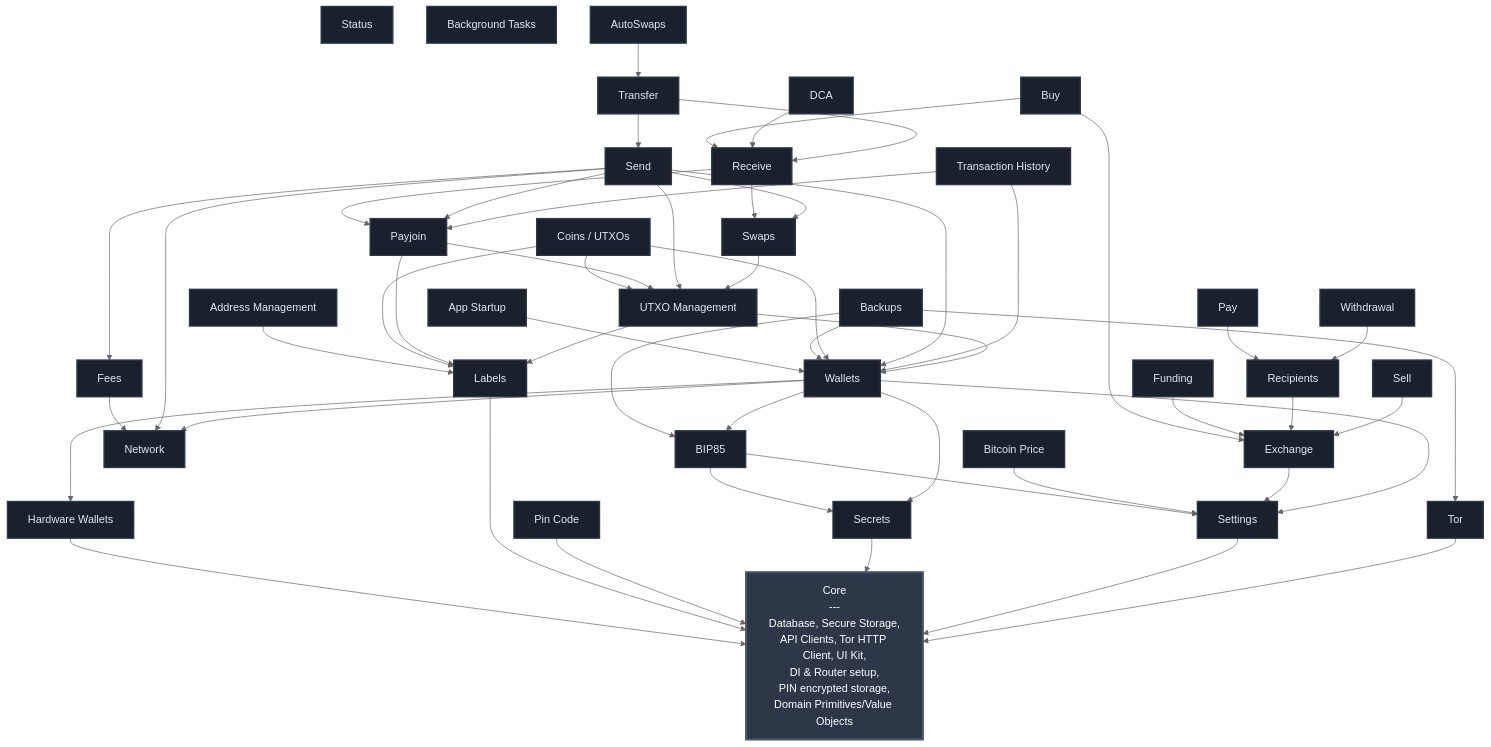
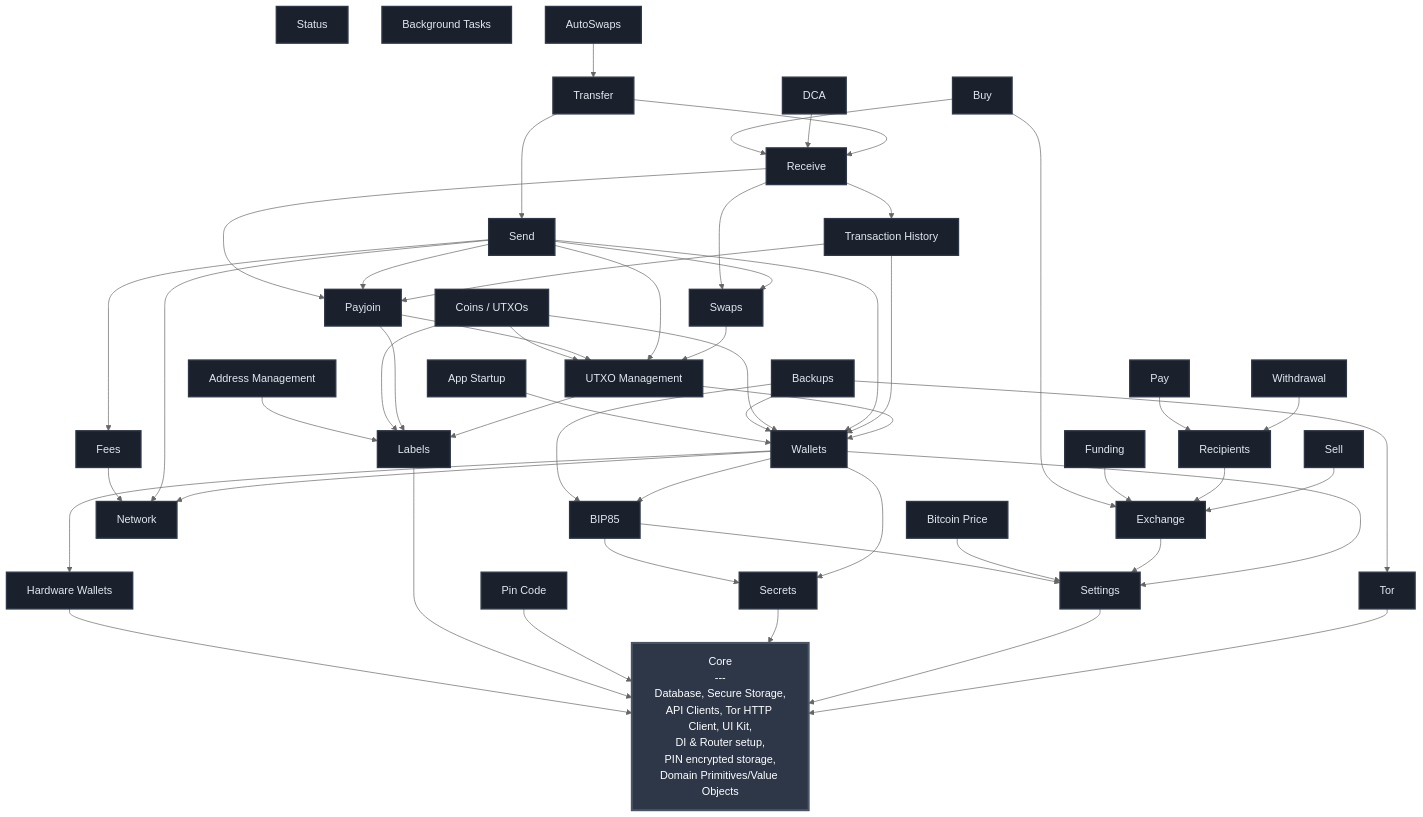
The diagram in FEATURES.md (SatoshiPortal/bullbitcoin-mobile), drawn with Mermaid (neutral theme) before and after one commit. The commit also changed 8 other files, not shown here.

```diff
--- a/FEATURES.md
+++ b/FEATURES.md
@@ -76,6 +76,7 @@
     PIN_CODE --> CORE
     RECEIVE --> PAYJOIN
     RECEIVE --> SWAPS
+    RECEIVE --> TX_HISTORY
     RECIPIENTS --> EXCHANGE
     SECRETS --> CORE
     SELL --> EXCHANGE
```
